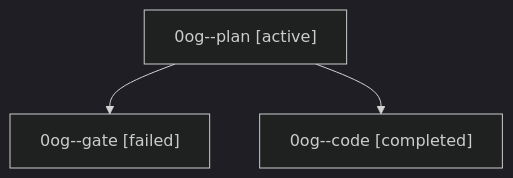
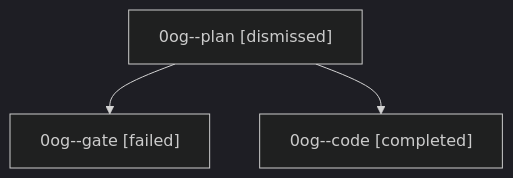
The diagram in sessions/bbugyi200.athena.0og.md (sase-org/sase--agents), drawn with Mermaid (dark theme) before and after one commit. The commit also changed other lines of this file and 37 other files, not shown here.

````diff
--- a/sessions/bbugyi200.athena.0og.md
+++ b/sessions/bbugyi200.athena.0og.md
@@ -9,8 +9,8 @@
 ```mermaid
 flowchart TD
-  n0["0og--plan [active]"]
+  n0["0og--plan [dismissed]"]
   n1["0og--gate [failed]"]
   n0 --> n1
   n2["0og--code [completed]"]
   n0 --> n2
 ```
````
